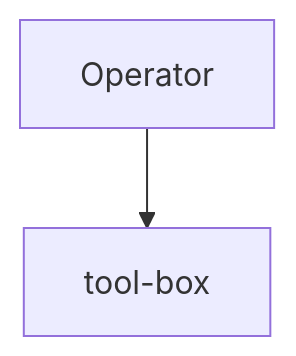
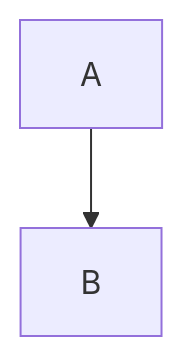
One commit to Mark-a-Hamilton/Toolbox changed the diagram in assets/architecture.md. Above: the diagram before and after it, drawn with Mermaid.

````diff
--- a/assets/architecture.md
+++ b/assets/architecture.md
@@ -15,6 +15,5 @@
 ```mermaid
 flowchart TD
-    A[Operator]
-    B[tool-box]
     A --> B
+
 ```
````
